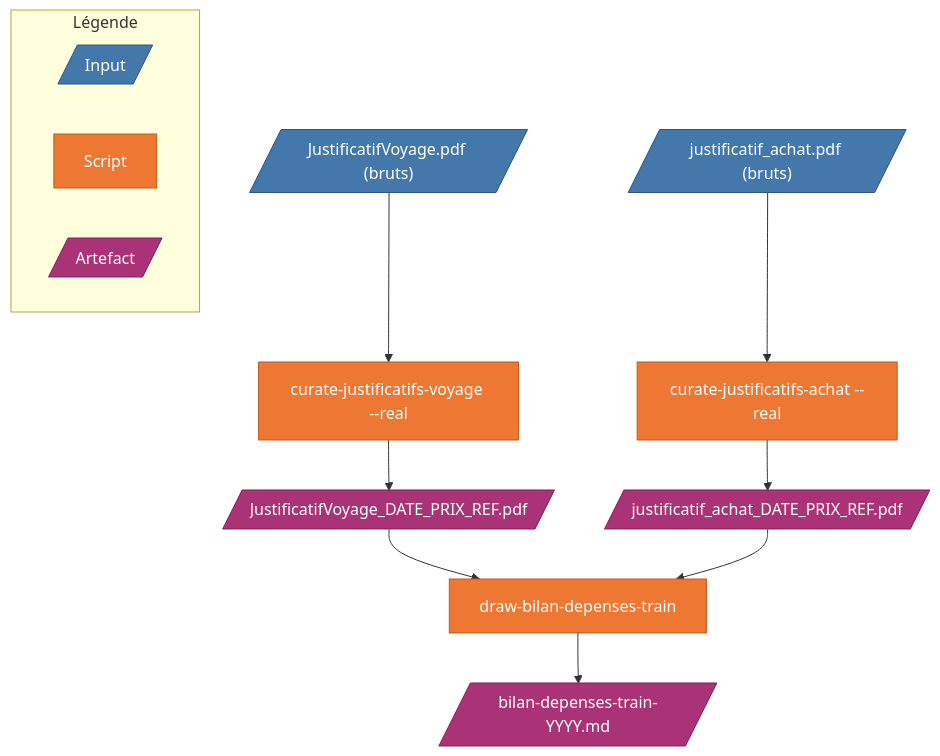
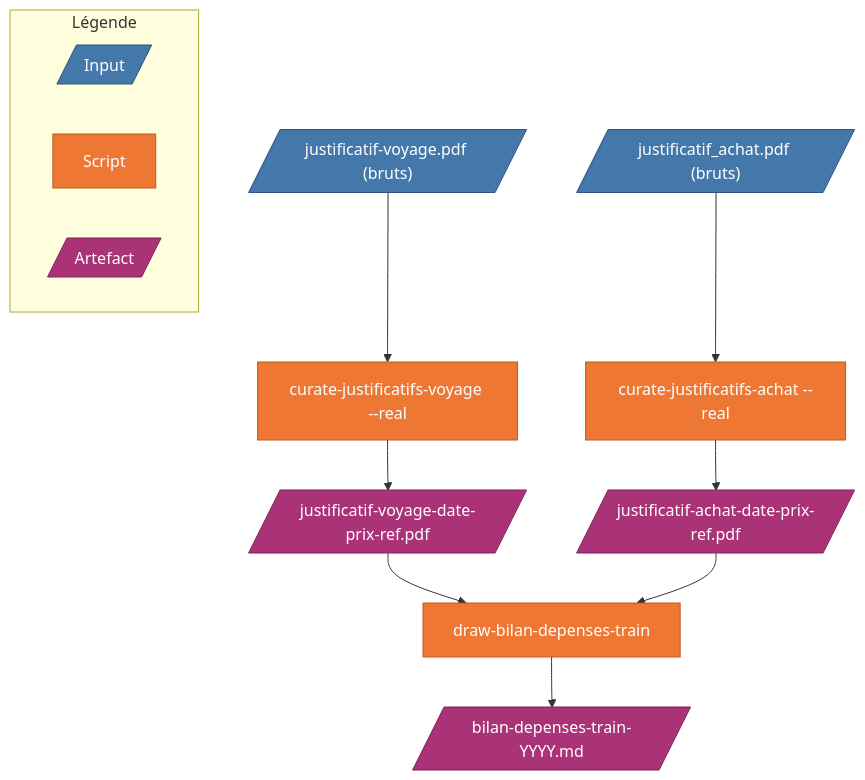
The diagram in sncf-trip-proofs/README.md (ValentinDumas/toolbox), drawn with Mermaid before and after one commit. The commit also changed other lines of this file and 15 other files, not shown here.

````diff
--- a/sncf-trip-proofs/README.md
+++ b/sncf-trip-proofs/README.md
@@ -9,27 +9,27 @@
 ```mermaid
 flowchart TD
     classDef input    fill:#4477AA,stroke:#2E5580,color:#fff
     classDef script   fill:#EE7733,stroke:#C05A1A,color:#fff
     classDef artifact fill:#AA3377,stroke:#7A2255,color:#fff
 
-    V[/"JustificatifVoyage.pdf (bruts)"/]:::input
+    V[/"justificatif-voyage.pdf (bruts)"/]:::input
     A[/"justificatif_achat.pdf (bruts)"/]:::input
 
     V --> CV["curate-justificatifs-voyage --real"]:::script
     A --> CA["curate-justificatifs-achat --real"]:::script
 
-    CV --> OV[/"JustificatifVoyage_DATE_PRIX_REF.pdf"/]:::artifact
-    CA --> OA[/"justificatif_achat_DATE_PRIX_REF.pdf"/]:::artifact
+    CV --> OV[/"justificatif-voyage-date-prix-ref.pdf"/]:::artifact
+    CA --> OA[/"justificatif-achat-date-prix-ref.pdf"/]:::artifact
 
     OV --> B["draw-bilan-depenses-train"]:::script
     OA --> B
 
     B --> R[/"bilan-depenses-train-YYYY.md"/]:::artifact
 
     subgraph legend["Légende"]
         direction LR
         Li[/"Input"/]:::input
         Ls["Script"]:::script
         La[/"Artefact"/]:::artifact
     end
 ```
````
